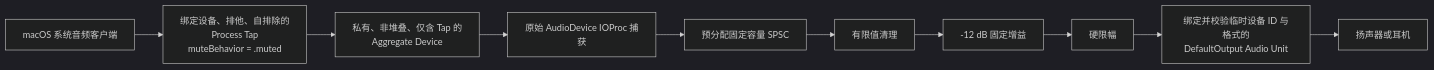
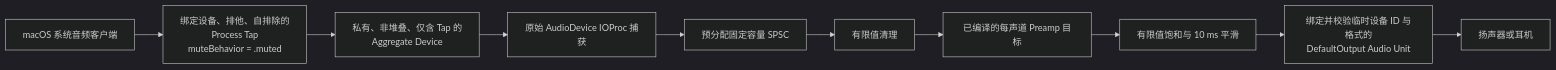
Before and after one commit to crmmc/EqualizerAU: the second of 10 diagrams in docs/architecture.md, drawn with Mermaid (dark theme). The commit also changed other lines of this file and 22 other files, not shown here.

````diff
--- a/docs/architecture.md
+++ b/docs/architecture.md
@@ -64,15 +75,15 @@
 ```mermaid
 flowchart LR
     A[macOS 系统音频客户端]
     B[绑定设备、排他、自排除的<br/>Process Tap<br/>muteBehavior = .muted]
     C[私有、非堆叠、仅含 Tap 的<br/>Aggregate Device]
     D[原始 AudioDevice IOProc 捕获]
     E[预分配固定容量 SPSC]
     F[有限值清理]
-    G[-12 dB 固定增益]
-    H[硬限幅]
+    G[已编译的每声道 Preamp 目标]
+    H[有限值饱和与 10 ms 平滑]
     I[绑定并校验临时设备 ID 与格式的<br/>DefaultOutput Audio Unit]
     J[扬声器或耳机]
 
     A --> B --> C --> D --> E --> F --> G --> H --> I --> J
 ```
````
